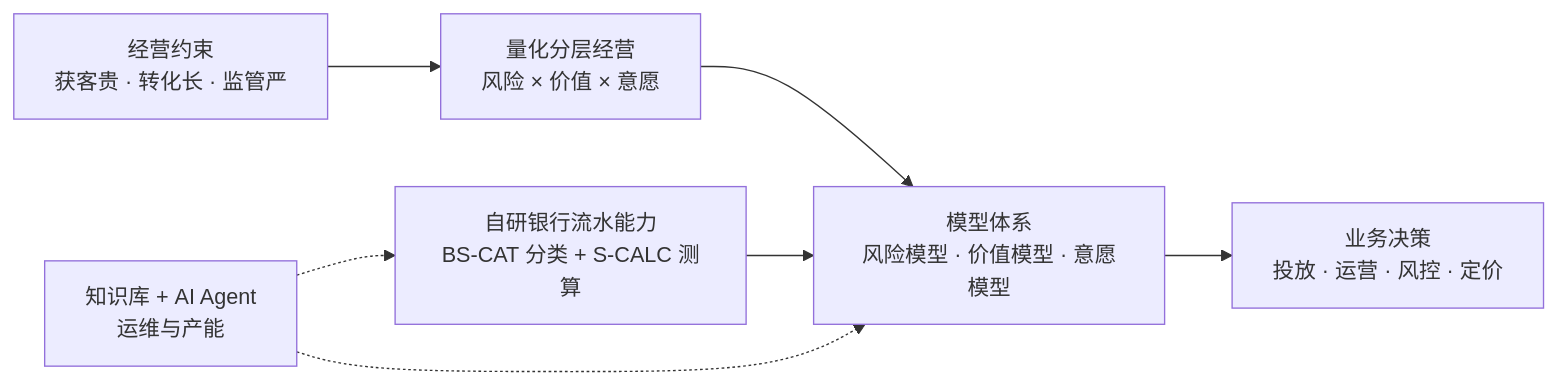
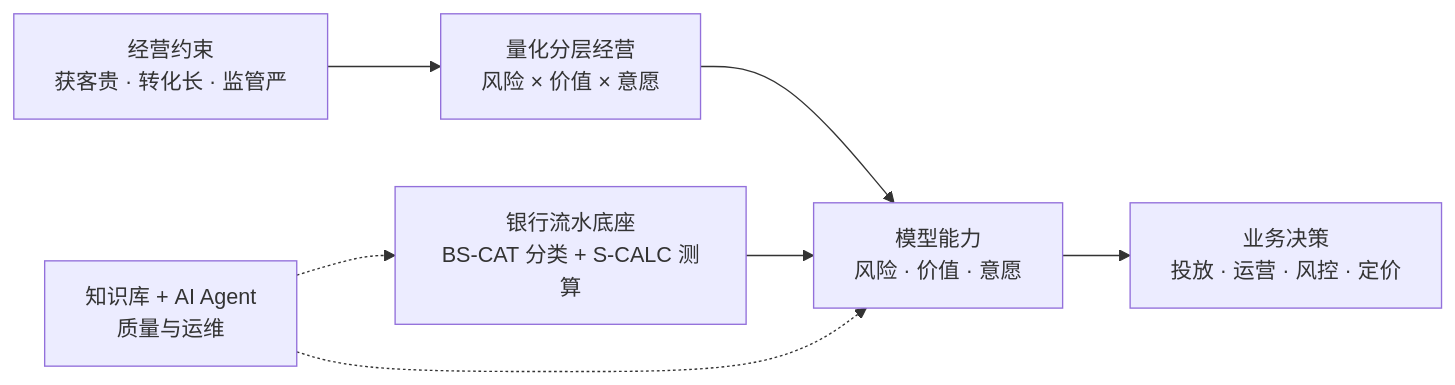
The diagram in 澳洲模型体系建设_MBR汇报底稿.md (EliamZhang/Modek-MBR-September), drawn with Mermaid before and after one commit. The commit also changed other lines of this file, not shown here.

````diff
--- a/澳洲模型体系建设_MBR汇报底稿.md
+++ b/澳洲模型体系建设_MBR汇报底稿.md
@@ -20,9 +57,9 @@
 ```mermaid
 flowchart LR
     A[经营约束<br/>获客贵 · 转化长 · 监管严] --> B[量化分层经营<br/>风险 × 价值 × 意愿]
-    B --> C[模型体系<br/>风险模型 · 价值模型 · 意愿模型]
+    B --> C[模型能力<br/>风险 · 价值 · 意愿]
     C --> D[业务决策<br/>投放 · 运营 · 风控 · 定价]
-    E[自研银行流水能力<br/>BS-CAT 分类 + S-CALC 测算] --> C
-    F[知识库 + AI Agent<br/>运维与产能] -.-> E
+    E[银行流水底座<br/>BS-CAT 分类 + S-CALC 测算] --> C
+    F[知识库 + AI Agent<br/>质量与运维] -.-> E
     F -.-> C
 ```
````
